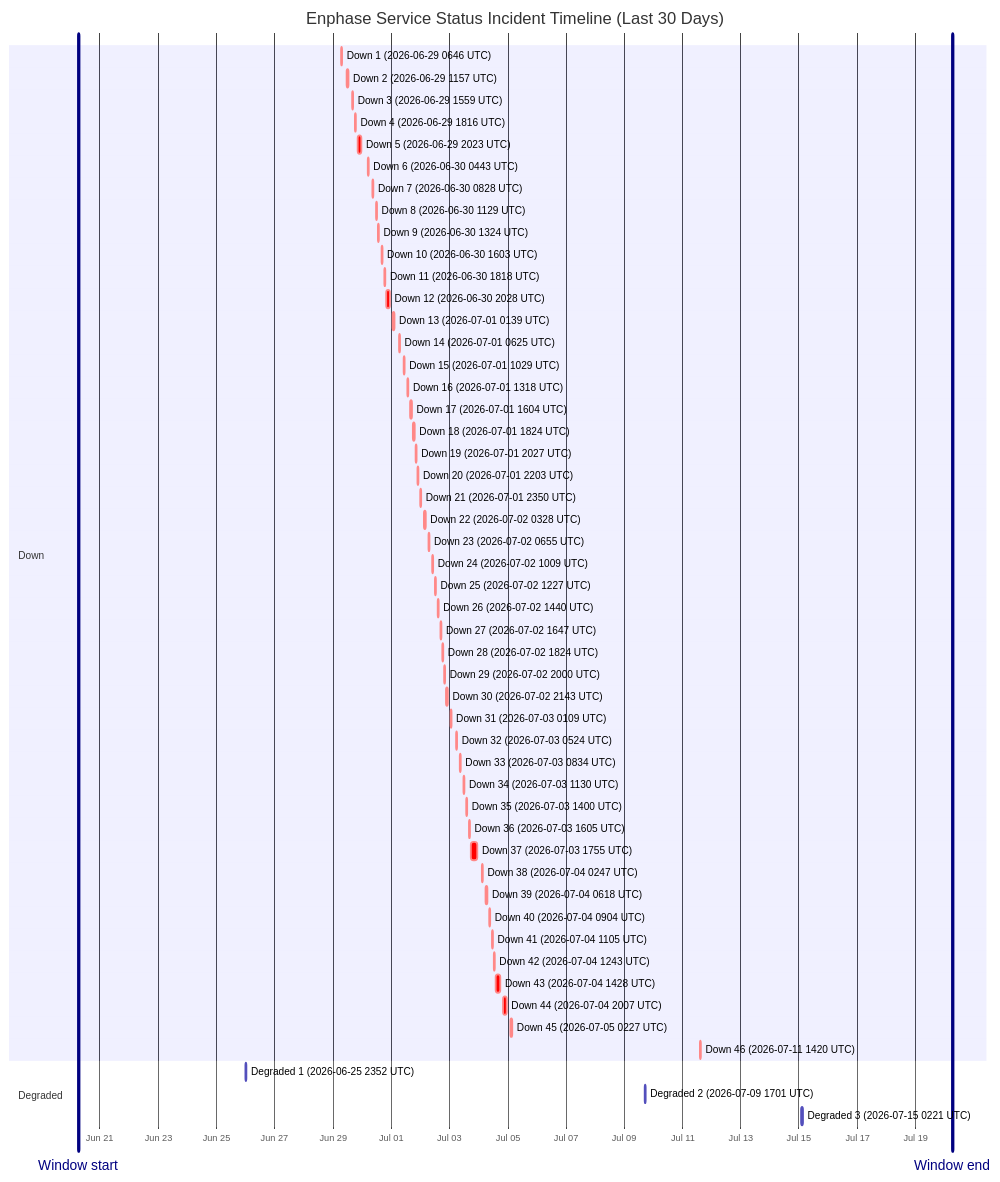
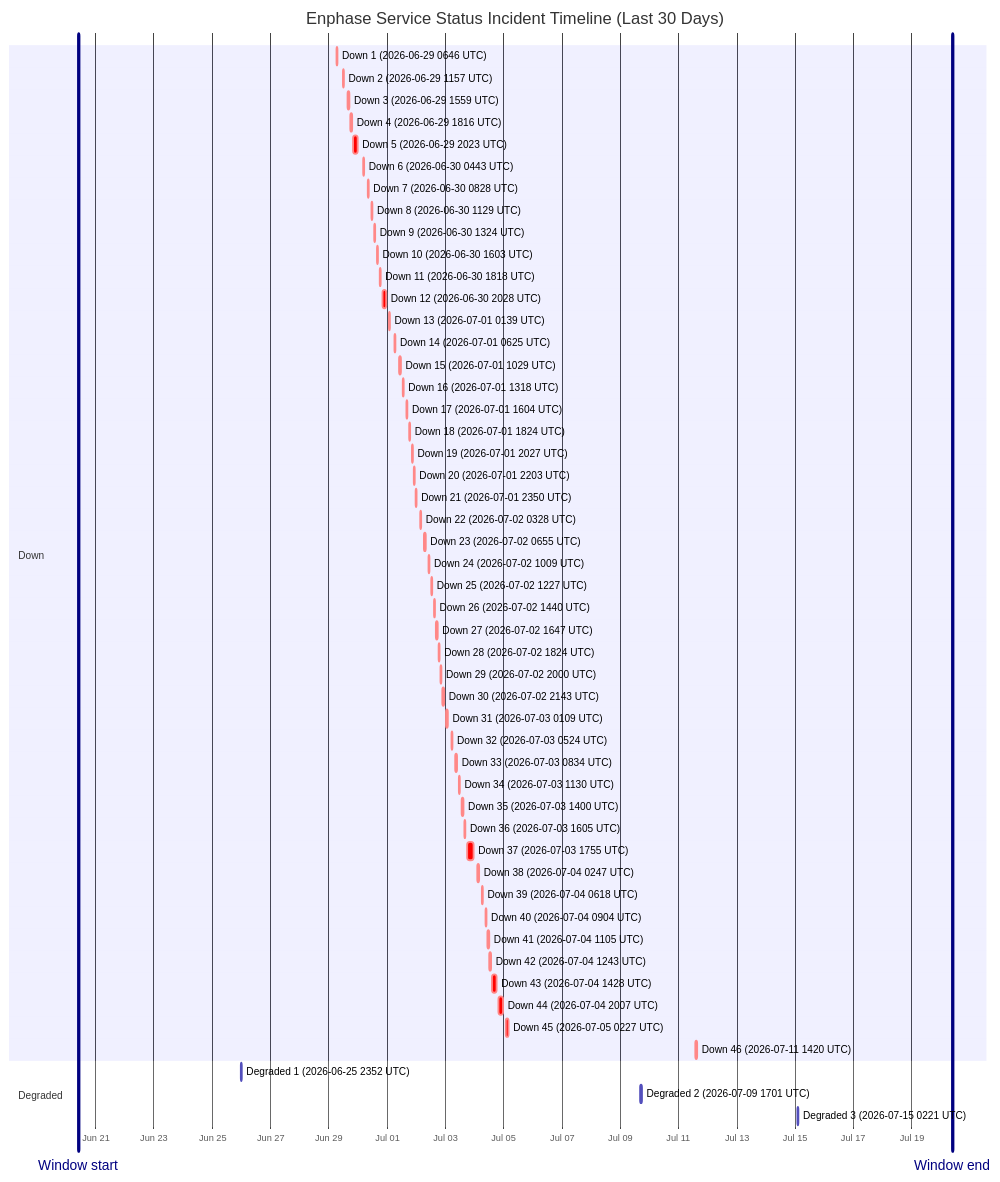
The diagram in wiki/Service-Status-History.md (barneyonline/ha-enphase-energy), drawn with Mermaid before and after one commit. The commit also changed other lines of this file and 3 other files, not shown here.

````diff
--- a/wiki/Service-Status-History.md
+++ b/wiki/Service-Status-History.md
@@ -14,59 +14,59 @@
 ```mermaid
 gantt
     title Enphase Service Status Incident Timeline (Last 30 Days)
     dateFormat  YYYY-MM-DDTHH:mm:ss
     axisFormat  %b %d
-    Window start :vert, window-start, 2026-06-20T06:16:52, 0ms
-    Window end :vert, window-end, 2026-07-20T06:16:52, 0ms
+    Window start :vert, window-start, 2026-06-20T09:40:56, 0ms
+    Window end :vert, window-end, 2026-07-20T09:40:56, 0ms
     section Down
     Down 1 (2026-06-29 0646 UTC) :crit, down-1, 2026-06-29T06:46:18, 60m
     Down 2 (2026-06-29 1157 UTC) :crit, down-2, 2026-06-29T11:57:36, 60m
     Down 3 (2026-06-29 1559 UTC) :crit, down-3, 2026-06-29T15:59:02, 60m
     Down 4 (2026-06-29 1816 UTC) :crit, down-4, 2026-06-29T18:16:38, 60m
     Down 5 (2026-06-29 2023 UTC) :crit, down-5, 2026-06-29T20:23:16, 220m
     Down 6 (2026-06-30 0443 UTC) :crit, down-6, 2026-06-30T04:43:54, 60m
     Down 7 (2026-06-30 0828 UTC) :crit, down-7, 2026-06-30T08:28:43, 60m
     Down 8 (2026-06-30 1129 UTC) :crit, down-8, 2026-06-30T11:29:15, 60m
     Down 9 (2026-06-30 1324 UTC) :crit, down-9, 2026-06-30T13:24:25, 60m
     Down 10 (2026-06-30 1603 UTC) :crit, down-10, 2026-06-30T16:03:26, 60m
     Down 11 (2026-06-30 1818 UTC) :crit, down-11, 2026-06-30T18:18:39, 60m
     Down 12 (2026-06-30 2028 UTC) :crit, down-12, 2026-06-30T20:28:54, 171m
     Down 13 (2026-07-01 0139 UTC) :crit, down-13, 2026-07-01T01:39:18, 60m
     Down 14 (2026-07-01 0625 UTC) :crit, down-14, 2026-07-01T06:25:35, 60m
     Down 15 (2026-07-01 1029 UTC) :crit, down-15, 2026-07-01T10:29:24, 60m
     Down 16 (2026-07-01 1318 UTC) :crit, down-16, 2026-07-01T13:18:31, 60m
     Down 17 (2026-07-01 1604 UTC) :crit, down-17, 2026-07-01T16:04:29, 60m
     Down 18 (2026-07-01 1824 UTC) :crit, down-18, 2026-07-01T18:24:21, 60m
     Down 19 (2026-07-01 2027 UTC) :crit, down-19, 2026-07-01T20:27:17, 60m
     Down 20 (2026-07-01 2203 UTC) :crit, down-20, 2026-07-01T22:03:46, 60m
     Down 21 (2026-07-01 2350 UTC) :crit, down-21, 2026-07-01T23:50:52, 60m
     Down 22 (2026-07-02 0328 UTC) :crit, down-22, 2026-07-02T03:28:33, 60m
     Down 23 (2026-07-02 0655 UTC) :crit, down-23, 2026-07-02T06:55:07, 60m
     Down 24 (2026-07-02 1009 UTC) :crit, down-24, 2026-07-02T10:09:15, 60m
     Down 25 (2026-07-02 1227 UTC) :crit, down-25, 2026-07-02T12:27:49, 60m
     Down 26 (2026-07-02 1440 UTC) :crit, down-26, 2026-07-02T14:40:53, 60m
     Down 27 (2026-07-02 1647 UTC) :crit, down-27, 2026-07-02T16:47:47, 60m
     Down 28 (2026-07-02 1824 UTC) :crit, down-28, 2026-07-02T18:24:26, 60m
     Down 29 (2026-07-02 2000 UTC) :crit, down-29, 2026-07-02T20:00:57, 60m
     Down 30 (2026-07-02 2143 UTC) :crit, down-30, 2026-07-02T21:43:52, 80m
     Down 31 (2026-07-03 0109 UTC) :crit, down-31, 2026-07-03T01:09:19, 60m
     Down 32 (2026-07-03 0524 UTC) :crit, down-32, 2026-07-03T05:24:23, 60m
     Down 33 (2026-07-03 0834 UTC) :crit, down-33, 2026-07-03T08:34:05, 60m
     Down 34 (2026-07-03 1130 UTC) :crit, down-34, 2026-07-03T11:30:41, 60m
     Down 35 (2026-07-03 1400 UTC) :crit, down-35, 2026-07-03T14:00:48, 60m
     Down 36 (2026-07-03 1605 UTC) :crit, down-36, 2026-07-03T16:05:49, 60m
     Down 37 (2026-07-03 1755 UTC) :crit, down-37, 2026-07-03T17:55:54, 338m
     Down 38 (2026-07-04 0247 UTC) :crit, down-38, 2026-07-04T02:47:22, 60m
     Down 39 (2026-07-04 0618 UTC) :crit, down-39, 2026-07-04T06:18:09, 60m
     Down 40 (2026-07-04 0904 UTC) :crit, down-40, 2026-07-04T09:04:41, 60m
     Down 41 (2026-07-04 1105 UTC) :crit, down-41, 2026-07-04T11:05:21, 60m
     Down 42 (2026-07-04 1243 UTC) :crit, down-42, 2026-07-04T12:43:25, 60m
     Down 43 (2026-07-04 1428 UTC) :crit, down-43, 2026-07-04T14:28:07, 243m
     Down 44 (2026-07-04 2007 UTC) :crit, down-44, 2026-07-04T20:07:50, 206m
     Down 45 (2026-07-05 0227 UTC) :crit, down-45, 2026-07-05T02:27:32, 109m
     Down 46 (2026-07-11 1420 UTC) :crit, down-46, 2026-07-11T14:20:54, 69m
     section Degraded
     Degraded 1 (2026-06-25 2352 UTC) :active, degraded-1, 2026-06-25T23:52:01, 60m
     Degraded 2 (2026-07-09 1701 UTC) :active, degraded-2, 2026-07-09T17:01:02, 60m
     Degraded 3 (2026-07-15 0221 UTC) :active, degraded-3, 2026-07-15T02:21:35, 60m
 ```
````
